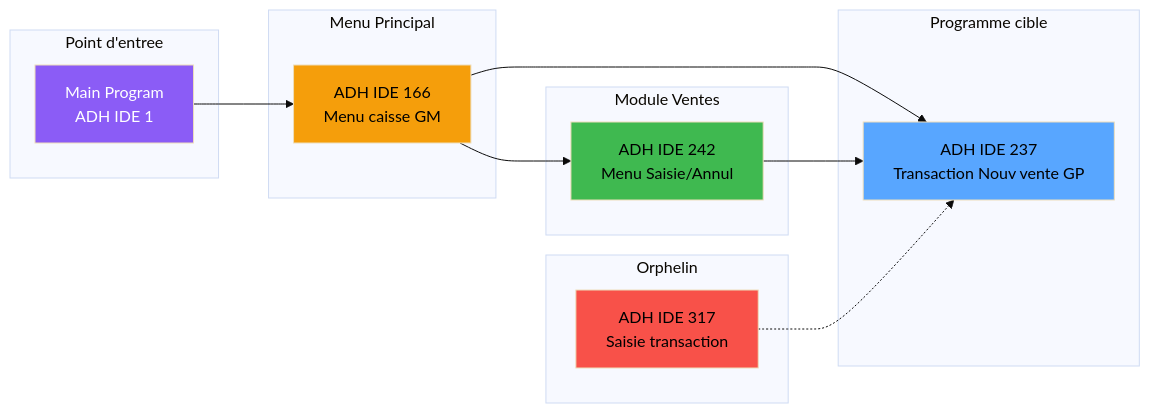
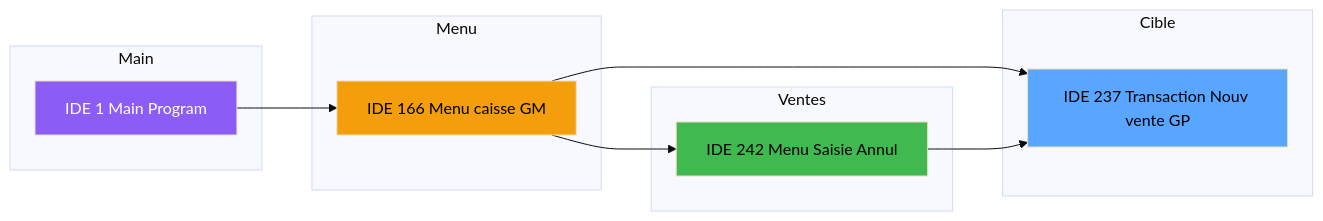
The second of 2 diagrams in .openspec/specs/ADH-IDE-237.md (thonyAGP/lecteur-magic), drawn with Mermaid (base theme) before and after one commit. The commit also changed other lines of this file and 1 other file, not shown here.

First line of the commit message:
fix(specs): simplify Mermaid syntax and add program names in diagrams

````diff
--- a/.openspec/specs/ADH-IDE-237.md
+++ b/.openspec/specs/ADH-IDE-237.md
@@ -243,34 +201,25 @@
 ```mermaid
 graph LR
-    subgraph Main["Point d'entree"]
-        M[Main Program<br/>ADH IDE 1]
+    subgraph Main
+        M[IDE 1 Main Program]
     end
-
-    subgraph Menu["Menu Principal"]
-        M166[ADH IDE 166<br/>Menu caisse GM]
+    subgraph Menu
+        M166[IDE 166 Menu caisse GM]
     end
-
-    subgraph Ventes["Module Ventes"]
-        M242[ADH IDE 242<br/>Menu Saisie/Annul]
+    subgraph Ventes
+        M242[IDE 242 Menu Saisie Annul]
     end
-
-    subgraph Target["Programme cible"]
-        T[ADH IDE 237<br/>Transaction Nouv vente GP]
-    end
-
-    subgraph Suppr["Orphelin"]
-        M317[ADH IDE 317<br/>Saisie transaction]
+    subgraph Cible
+        T[IDE 237 Transaction Nouv vente GP]
     end
 
     M --> M166
     M166 --> T
     M166 --> M242
     M242 --> T
-    M317 -.-> T
 
     style M fill:#8b5cf6,color:#fff
     style M166 fill:#f59e0b,color:#000
     style M242 fill:#3fb950,color:#000
     style T fill:#58a6ff,color:#000
-    style M317 fill:#f85149,color:#000
 ```
````
